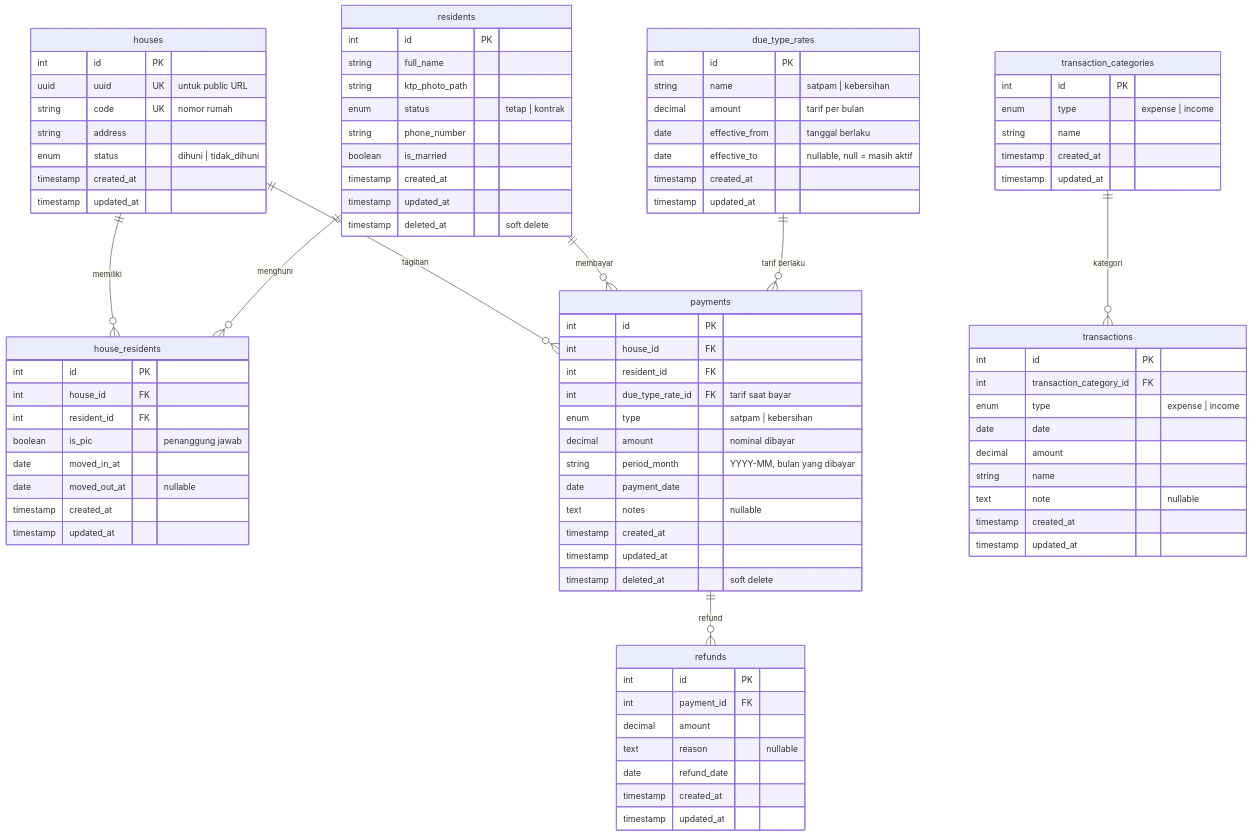
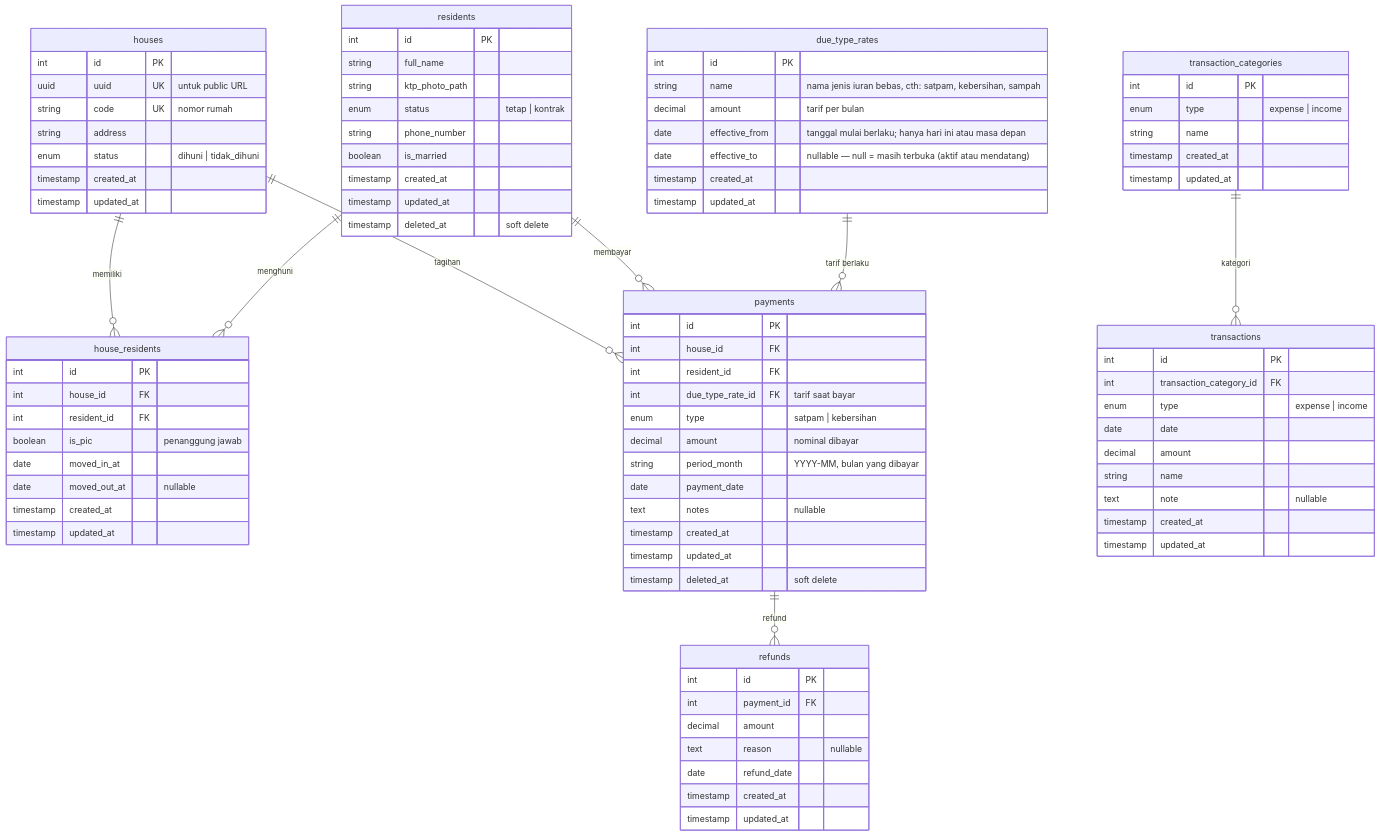
The diagram in docs/PRD.md (zakishaquille/rt-information-system), drawn with Mermaid before and after one commit. The commit also changed other lines of this file and 1 other file, not shown here.

```diff
--- a/docs/PRD.md
+++ b/docs/PRD.md
@@ -389,10 +394,10 @@
 
     due_type_rates {
         int id PK
-        string name "satpam | kebersihan"
+        string name "nama jenis iuran bebas, cth: satpam, kebersihan, sampah"
         decimal amount "tarif per bulan"
-        date effective_from "tanggal berlaku"
-        date effective_to "nullable, null = masih aktif"
+        date effective_from "tanggal mulai berlaku; hanya hari ini atau masa depan"
+        date effective_to "nullable — null = masih terbuka (aktif atau mendatang)"
         timestamp created_at
         timestamp updated_at
     }
```
